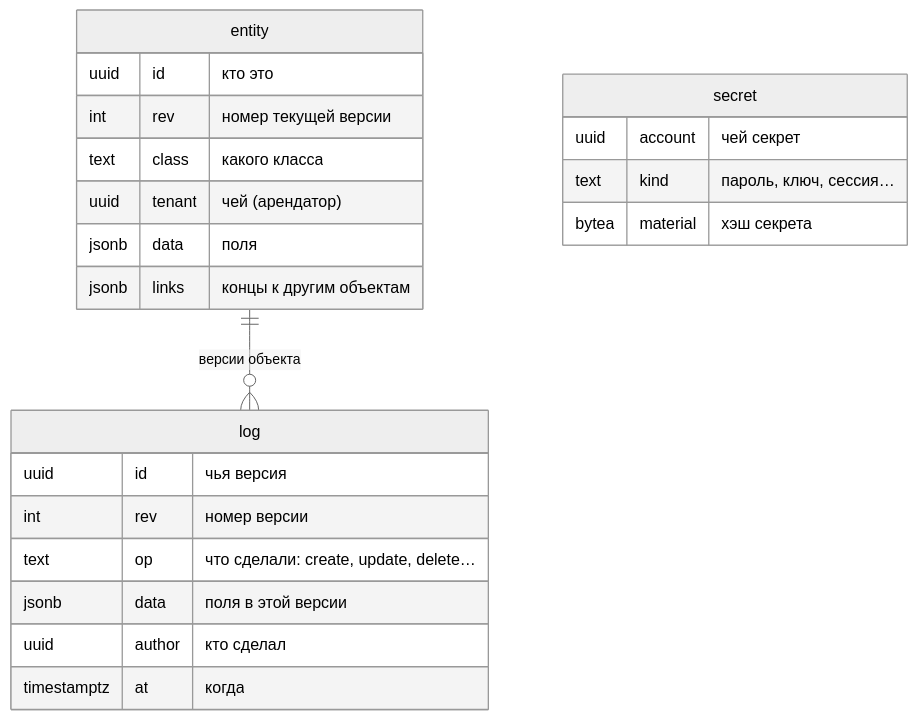
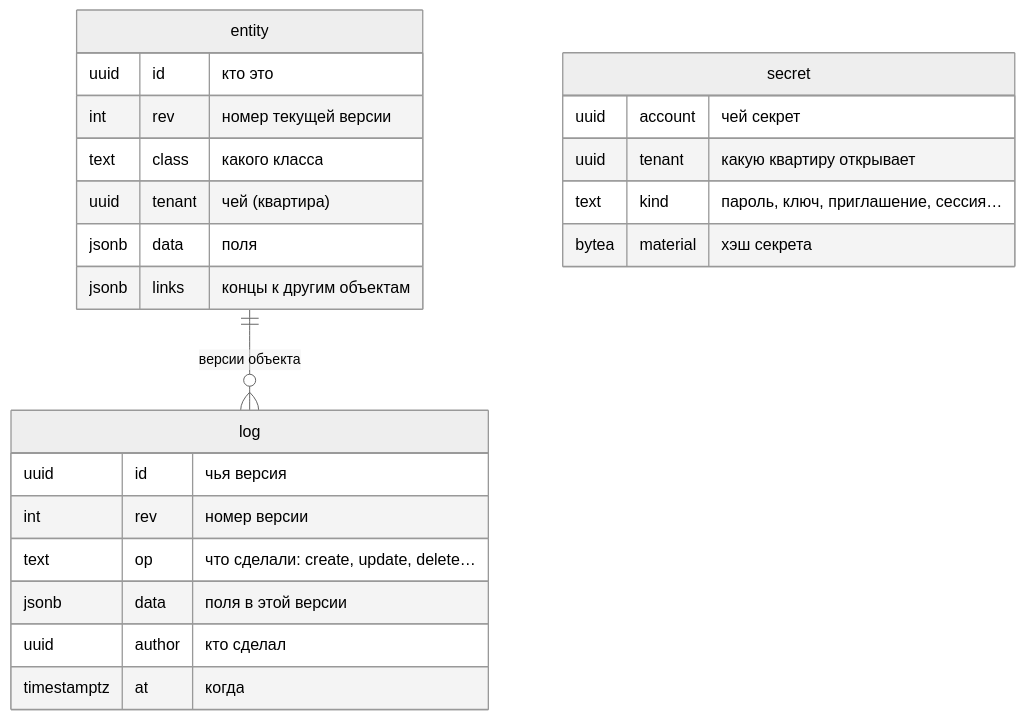
One commit to alepri51/letopis changed the first of 2 diagrams in guide/pages/basics/what-is.md. Above: the diagram before and after it, drawn with Mermaid (neutral theme). The commit also changed other lines of this file and 86 other files, not shown here.

````diff
--- a/guide/pages/basics/what-is.md
+++ b/guide/pages/basics/what-is.md
@@ -56,25 +58,26 @@
 ```mermaid
 erDiagram
   entity ||--o{ log : "версии объекта"
   entity {
     uuid id "кто это"
     int rev "номер текущей версии"
     text class "какого класса"
-    uuid tenant "чей (арендатор)"
+    uuid tenant "чей (квартира)"
     jsonb data "поля"
     jsonb links "концы к другим объектам"
   }
   log {
     uuid id "чья версия"
     int rev "номер версии"
     text op "что сделали: create, update, delete…"
     jsonb data "поля в этой версии"
     uuid author "кто сделал"
     timestamptz at "когда"
   }
   secret {
     uuid account "чей секрет"
-    text kind "пароль, ключ, сессия…"
+    uuid tenant "какую квартиру открывает"
+    text kind "пароль, ключ, приглашение, сессия…"
     bytea material "хэш секрета"
   }
 ```
````
